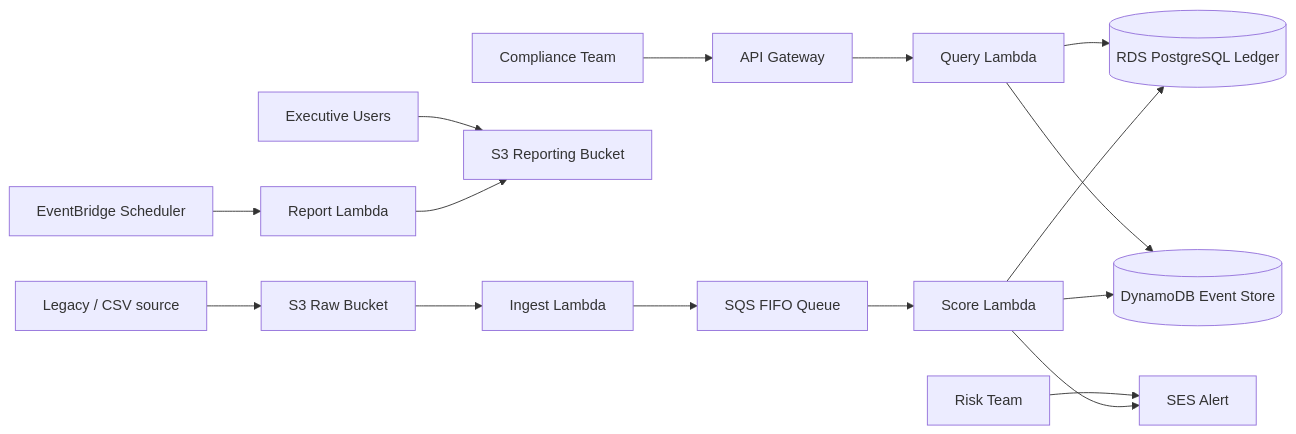
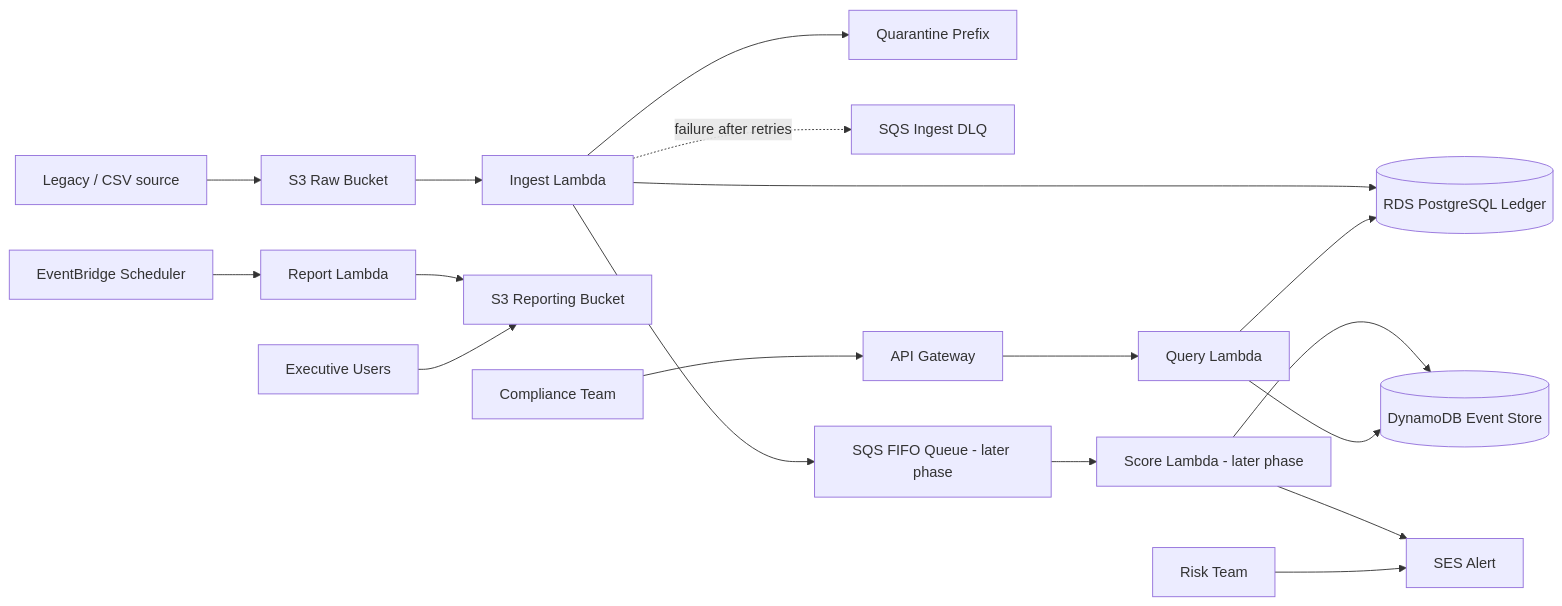
The diagram in docs/architecture.md (Nompil/fintrust), drawn with Mermaid before and after one commit. The commit also changed other lines of this file and 7 other files, not shown here.

````diff
--- a/docs/architecture.md
+++ b/docs/architecture.md
@@ -13,19 +13,21 @@
 ```mermaid
 flowchart LR
     A[Legacy / CSV source] --> B[S3 Raw Bucket]
     B --> C[Ingest Lambda]
-    C --> D[SQS FIFO Queue]
-    D --> E[Score Lambda]
-    E --> F[(RDS PostgreSQL Ledger)]
+    C --> F[(RDS PostgreSQL Ledger)]
+    C --> Q[Quarantine Prefix]
+    C -. failure after retries .-> X[SQS Ingest DLQ]
+    C --> D[SQS FIFO Queue - later phase]
+    D --> E[Score Lambda - later phase]
     E --> G[(DynamoDB Event Store)]
     E --> H[SES Alert]
     I[API Gateway] --> J[Query Lambda]
     J --> F
     J --> G
     K[EventBridge Scheduler] --> L[Report Lambda]
     L --> M[S3 Reporting Bucket]
 
     N[Compliance Team] --> I
     O[Risk Team] --> H
     P[Executive Users] --> M
 ```
````
